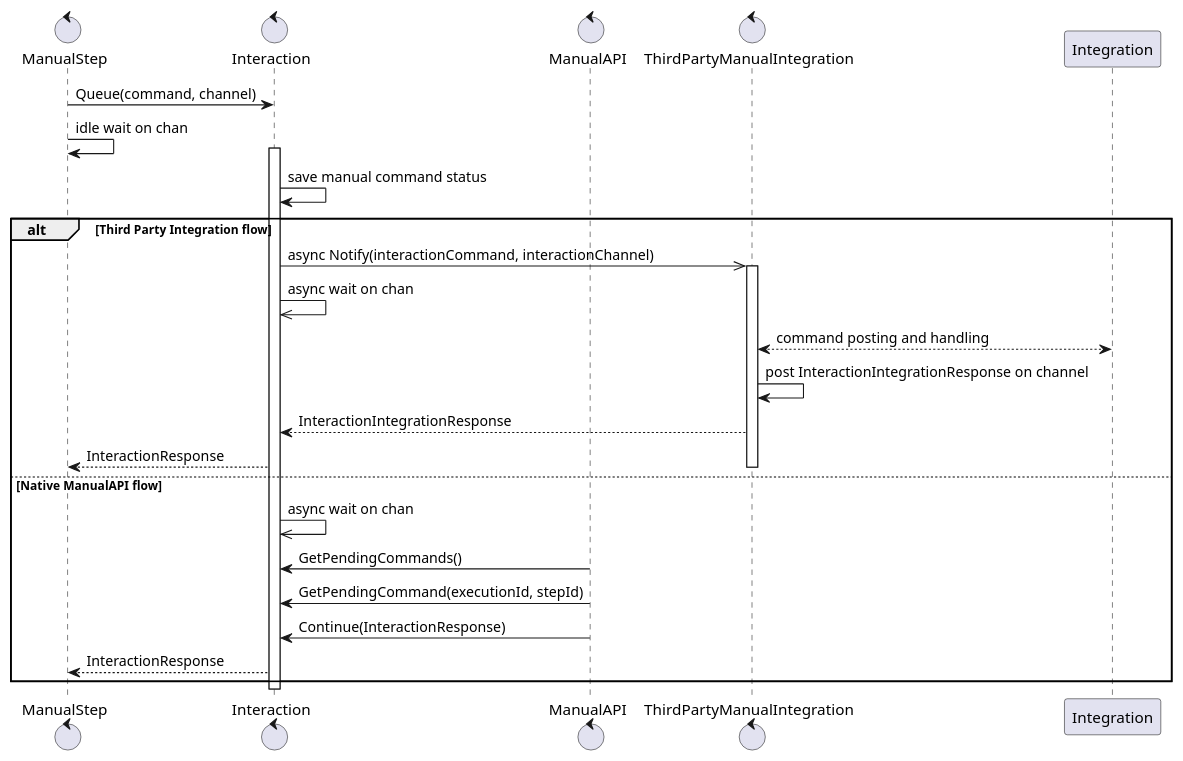
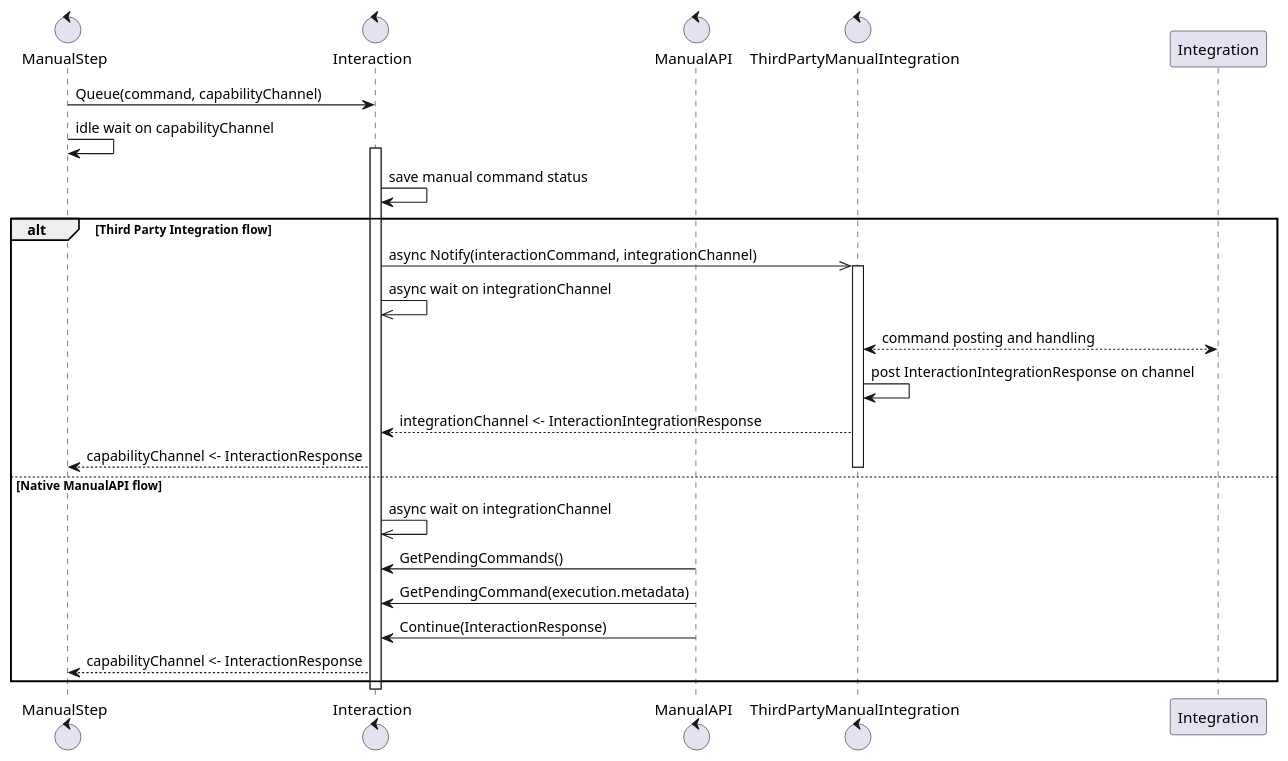
One commit to COSSAS/SOARCA changed the second of 2 diagrams in docs/content/en/docs/core-components/modules.md. Above: the diagram before and after it, drawn with PlantUML. The commit also changed other lines of this file, not shown here.

Commit message:
update documentation schemas with clearer channels and async explanation

````diff
--- a/docs/content/en/docs/core-components/modules.md
+++ b/docs/content/en/docs/core-components/modules.md
@@ -395,34 +395,34 @@
 ```plantuml
 @startuml
 control "ManualStep" as manual
 control "Interaction" as interaction
 control "ManualAPI" as api
 control "ThirdPartyManualIntegration" as 3ptool
 
 
-manual -> interaction : Queue(command, channel)
-manual -> manual : idle wait on chan
+manual -> interaction : Queue(command, capabilityChannel)
+manual -> manual : idle wait on capabilityChannel
 activate interaction
 interaction -> interaction : save manual command status
 alt Third Party Integration flow
-interaction ->> 3ptool : async Notify(interactionCommand, interactionChannel)
+interaction ->> 3ptool : async Notify(interactionCommand, integrationChannel)
 activate 3ptool
-interaction ->> interaction : async wait on chan
+interaction ->> interaction : async wait on integrationChannel
 
 3ptool <--> Integration : command posting and handling
 3ptool -> 3ptool : post InteractionIntegrationResponse on channel
-3ptool --> interaction : InteractionIntegrationResponse
-interaction --> manual : InteractionResponse
+3ptool --> interaction : integrationChannel <- InteractionIntegrationResponse
+interaction --> manual : capabilityChannel <- InteractionResponse
 deactivate 3ptool
 else Native ManualAPI flow
-interaction ->> interaction : async wait on chan
+interaction ->> interaction : async wait on integrationChannel
 api -> interaction : GetPendingCommands()
-api -> interaction : GetPendingCommand(executionId, stepId)
+api -> interaction : GetPendingCommand(execution.metadata)
 api -> interaction : Continue(InteractionResponse)
-interaction --> manual : InteractionResponse
+interaction --> manual : capabilityChannel <- InteractionResponse
 end
 
 deactivate interaction
 
 @enduml
 ```
````
